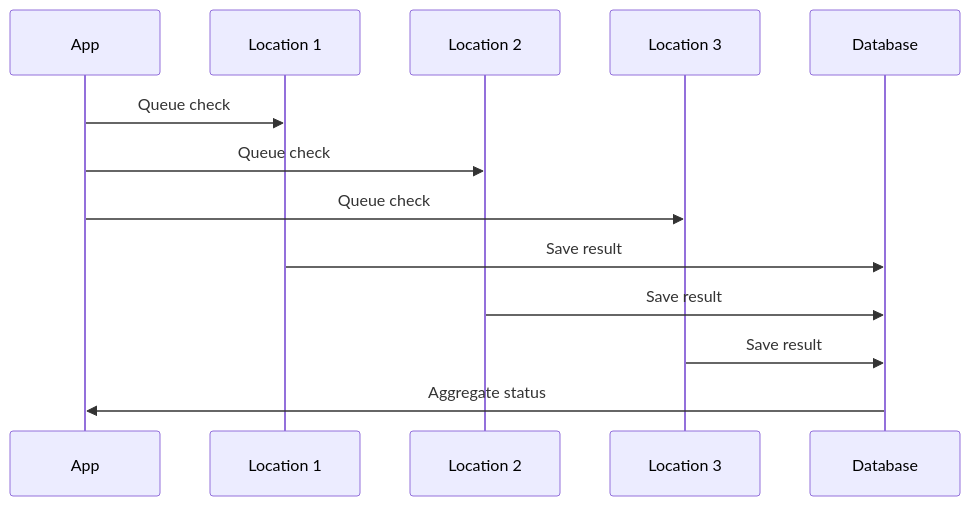
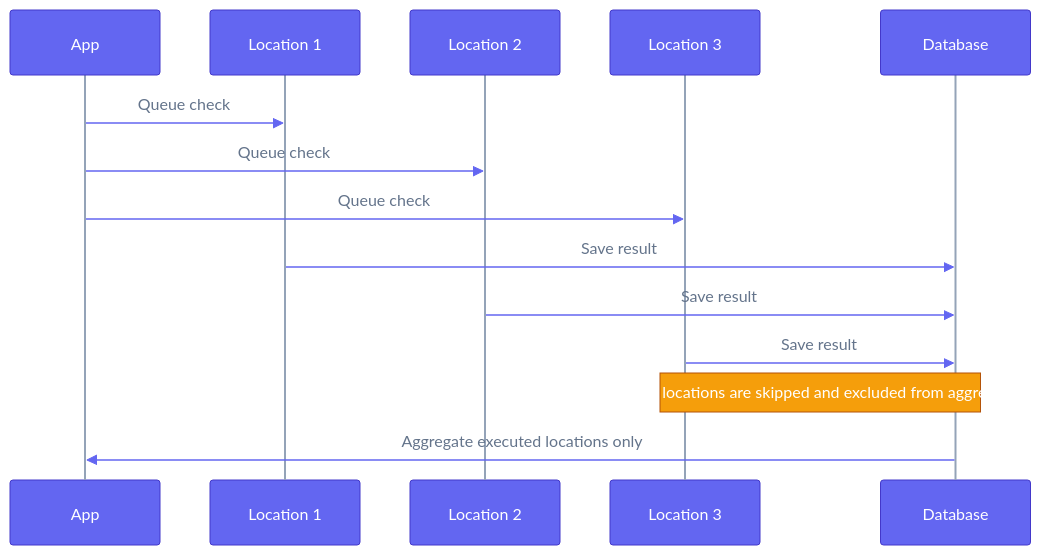
The diagram in docs/content/docs/app/monitor.mdx (supercheck-io/supercheck), drawn with Mermaid before and after one commit. The commit also changed 11 other files, not shown here.

First line of the commit message:
docs: theme sequence diagrams to match architecture and add new ones

````diff
--- a/docs/content/docs/app/monitor.mdx
+++ b/docs/content/docs/app/monitor.mdx
@@ -172,16 +172,18 @@
 ```mermaid
+%%{init: {"theme":"base","themeVariables":{"fontFamily":"ui-sans-serif, system-ui, -apple-system, Segoe UI, Roboto, sans-serif","primaryColor":"#6366f1","primaryTextColor":"#ffffff","primaryBorderColor":"#4338ca","lineColor":"#94a3b8","actorBkg":"#6366f1","actorBorder":"#4338ca","actorTextColor":"#ffffff","actorLineColor":"#94a3b8","signalColor":"#6366f1","signalTextColor":"#64748b","labelBoxBkgColor":"#f59e0b","labelBoxBorderColor":"#b45309","labelTextColor":"#ffffff","loopTextColor":"#64748b","activationBkgColor":"#8b5cf6","activationBorderColor":"#6d28d9","noteBkgColor":"#f59e0b","noteBorderColor":"#b45309","noteTextColor":"#ffffff","textColor":"#64748b","mainBkg":"#ffffff"}}}%%
 sequenceDiagram
     participant App
     participant L1 as Location 1
     participant L2 as Location 2
     participant L3 as Location 3
     participant DB as Database
 
     App->>L1: Queue check
     App->>L2: Queue check
     App->>L3: Queue check
     L1->>DB: Save result
     L2->>DB: Save result
     L3->>DB: Save result
-    DB->>App: Aggregate status
+    Note over L3,DB: Offline locations are skipped and excluded from aggregation
+    DB->>App: Aggregate executed locations only
 ```
````
